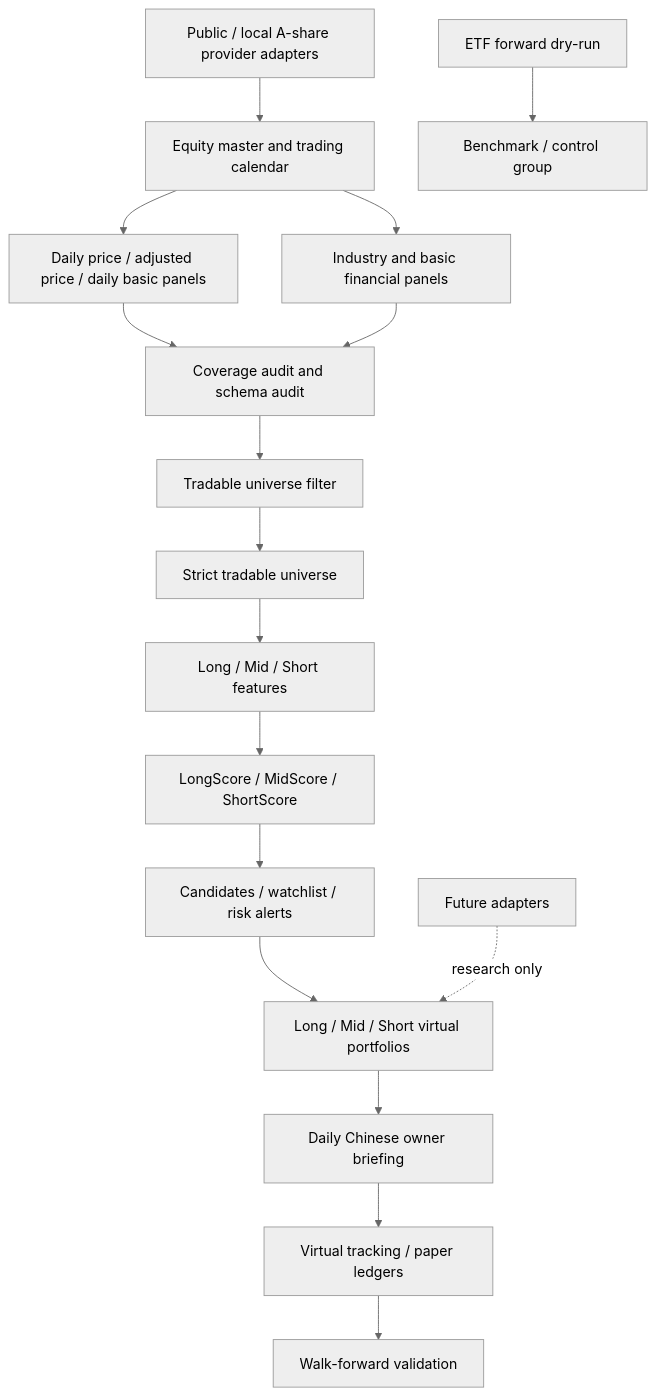
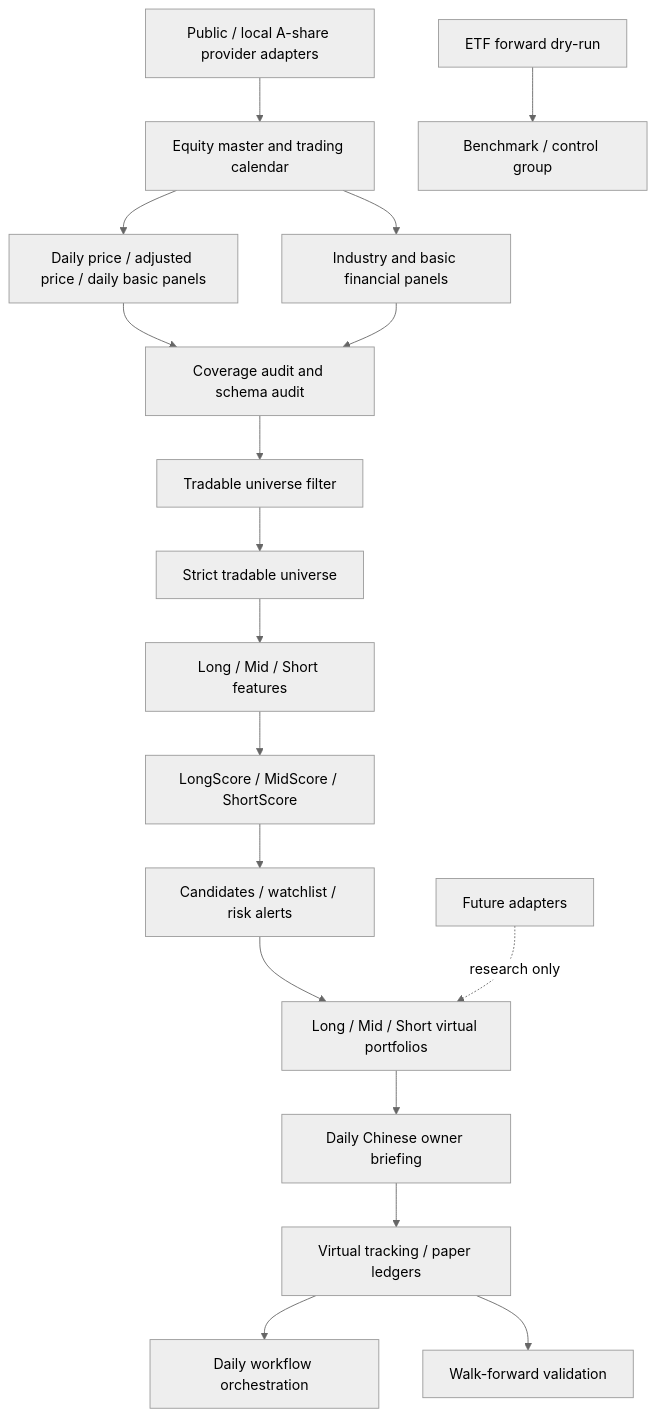
The diagram in docs/V0_7_ARCHITECTURE.md (chuyc11/atlas-trading-core), drawn with Mermaid (neutral theme) before and after one commit. The commit also changed other lines of this file and 30 other files, not shown here.

Commit message:
chore: release v0.7.9 A-share daily workflow orchestration

````diff
--- a/docs/V0_7_ARCHITECTURE.md
+++ b/docs/V0_7_ARCHITECTURE.md
@@ -40,19 +42,20 @@
 ```mermaid
 flowchart TD
   P["Public / local A-share provider adapters"] --> U["Equity master and trading calendar"]
   U --> M["Daily price / adjusted price / daily basic panels"]
   U --> I["Industry and basic financial panels"]
   M --> Q["Coverage audit and schema audit"]
   I --> Q
   Q --> B["Tradable universe filter"]
   B --> C["Strict tradable universe"]
   C --> D0["Long / Mid / Short features"]
   D0 --> D["LongScore / MidScore / ShortScore"]
   D --> E["Candidates / watchlist / risk alerts"]
   E --> F["Long / Mid / Short virtual portfolios"]
   F --> G["Daily Chinese owner briefing"]
   G --> T["Virtual tracking / paper ledgers"]
+  T --> W["Daily workflow orchestration"]
   T --> H["Walk-forward validation"]
   X["ETF forward dry-run"] --> J["Benchmark / control group"]
   K["Future adapters"] -. "research only" .-> F
 ```
````
